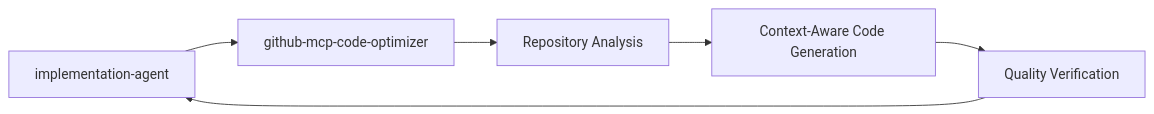
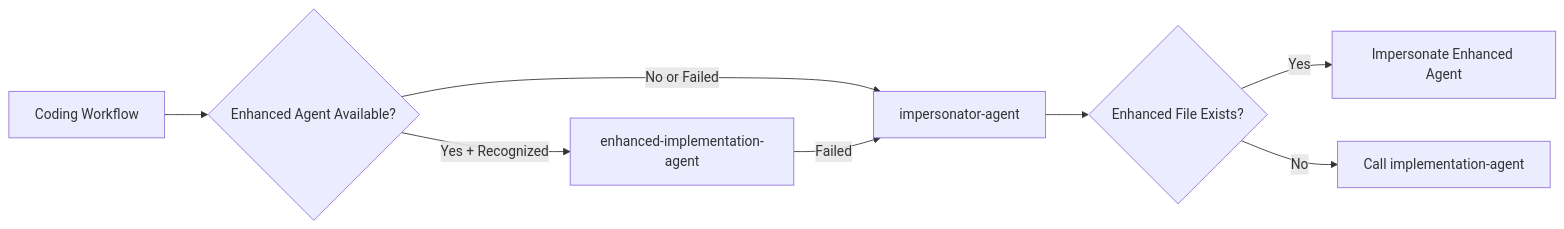
One commit to s-hiraoku/b2b-design-system changed the second of 3 diagrams in docs/design/CC-DECK-DESIGN.md. Above: the diagram before and after it, drawn with Mermaid. The commit also changed other lines of this file and 16 other files, not shown here.

First line of the commit message:
Refactor enhanced implementation agent structure and integration

````diff
--- a/docs/design/CC-DECK-DESIGN.md
+++ b/docs/design/CC-DECK-DESIGN.md
@@ -285,8 +283,10 @@
 ```mermaid
 graph LR
-    Implementation[implementation-agent] --> GitHub[github-mcp-code-optimizer]
-    GitHub --> Analysis[Repository Analysis]
-    Analysis --> CodeGen[Context-Aware Code Generation]
-    CodeGen --> Validation[Quality Verification]
-    Validation --> Implementation
+    CodingWorkflow[Coding Workflow] --> Enhanced{Enhanced Agent Available?}
+    Enhanced -->|Yes + Recognized| EnhancedAgent[enhanced-implementation-agent]
+    Enhanced -->|No or Failed| Impersonator[impersonator-agent]
+    Impersonator --> Detection{Enhanced File Exists?}
+    Detection -->|Yes| Impersonate[Impersonate Enhanced Agent]
+    Detection -->|No| Fallback[Call implementation-agent]
+    EnhancedAgent -->|Failed| Impersonator
 ```
````
